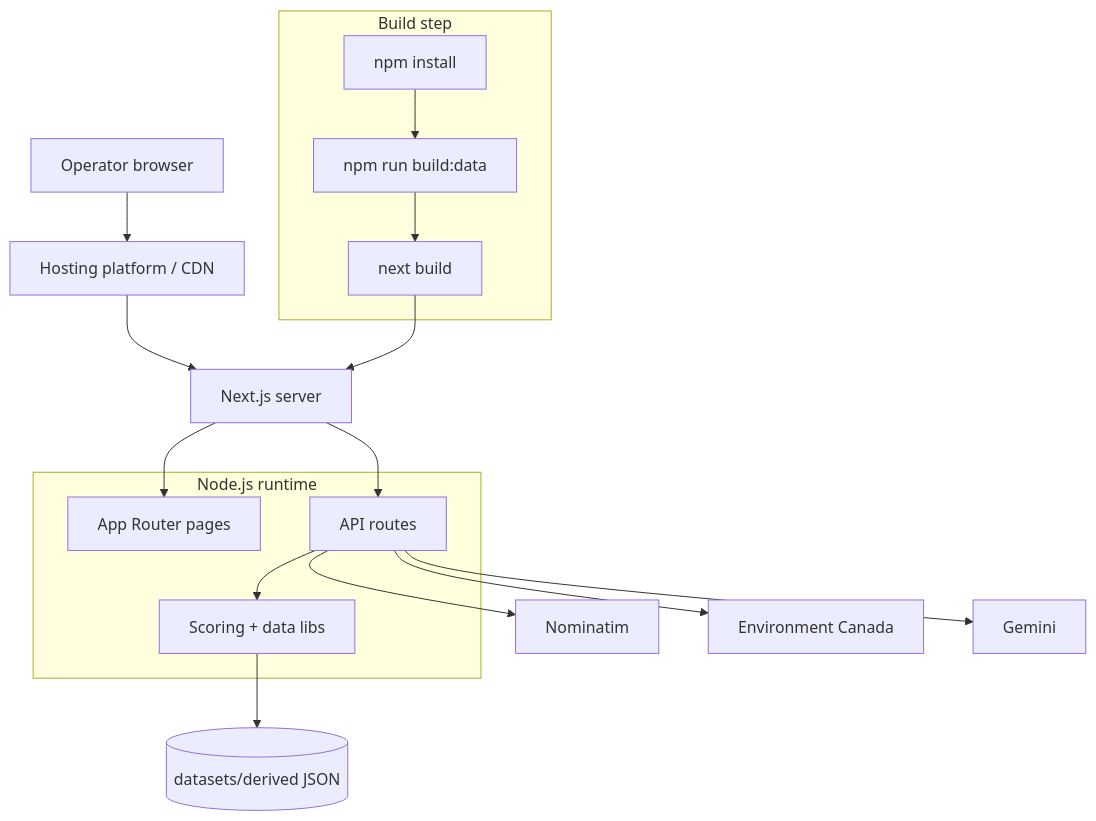
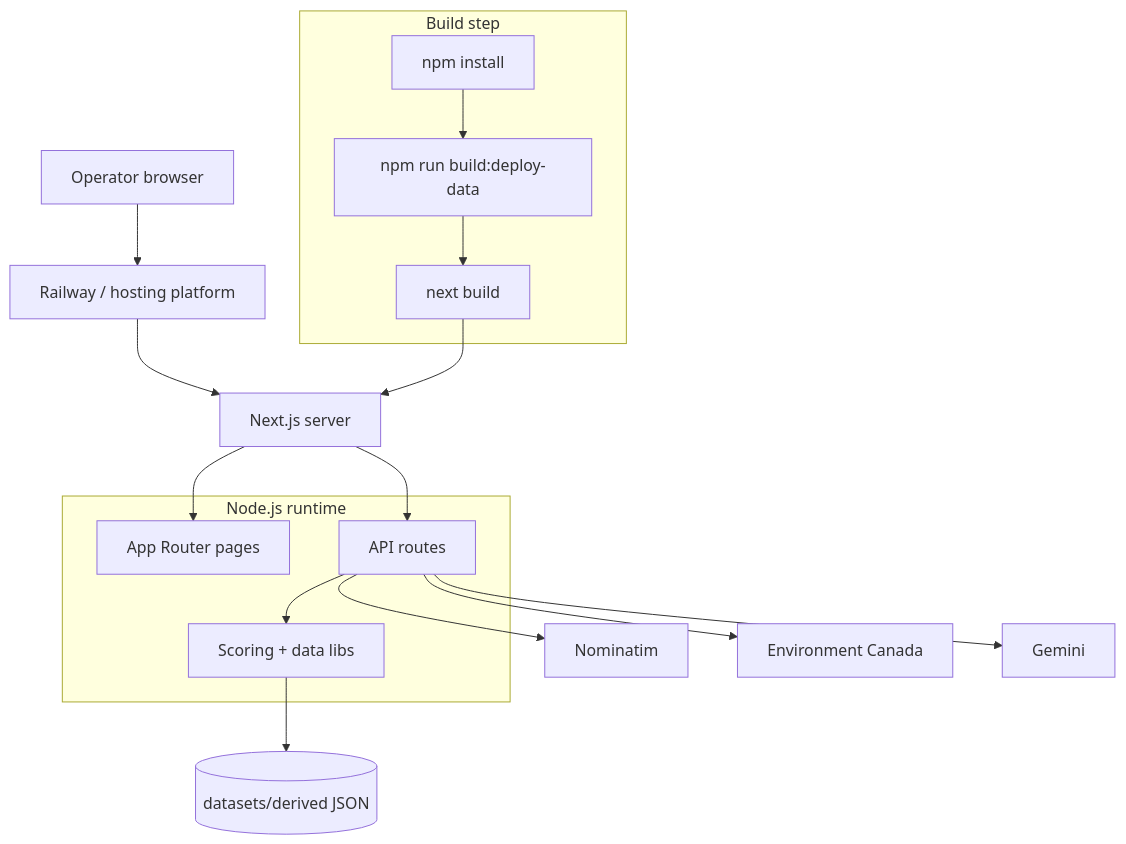
Before and after one commit to bmar1/voltex: the seventh of 9 diagrams in docs/01-system-design.md, drawn with Mermaid. The commit also changed other lines of this file and 3 other files, not shown here.

First line of the commit message:
Rebrand docs to Voltex and fix mermaid diagrams

````diff
--- a/docs/01-system-design.md
+++ b/docs/01-system-design.md
@@ -295,27 +305,29 @@
 ```mermaid
 flowchart TB
-  user[Operator browser] --> edge[Hosting platform / CDN]
+  user[Operator browser] --> edge[Railway / hosting platform]
   edge --> next[Next.js server]
 
   subgraph NextRuntime[Node.js runtime]
     pages[App Router pages]
     apis[API routes]
     libs[Scoring + data libs]
   end
 
   next --> pages
   next --> apis
   apis --> libs
   libs --> data[(datasets/derived JSON)]
   apis --> ext1[Nominatim]
   apis --> ext2[Environment Canada]
   apis --> ext3[Gemini]
 
   subgraph Build[Build step]
     install[npm install]
-    indices[npm run build:data]
+    deploydata[npm run build:deploy-data]
     compile[next build]
   end
 
-  install --> indices --> compile --> next
+  install --> deploydata
+  deploydata --> compile
+  compile --> next
 ```
````
